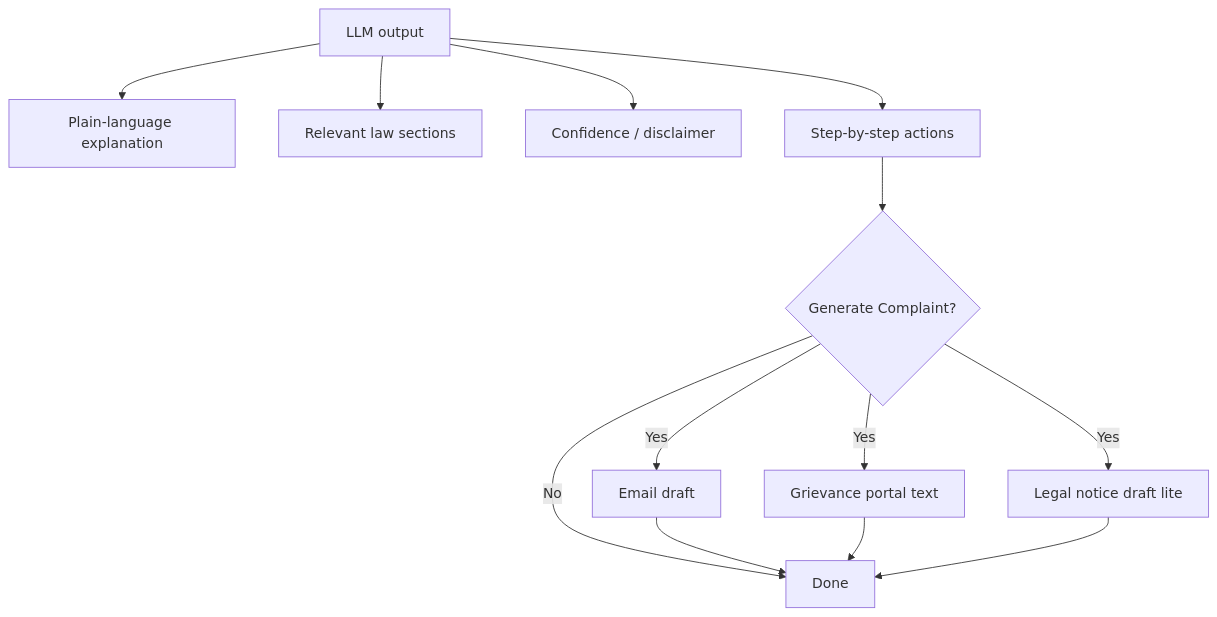
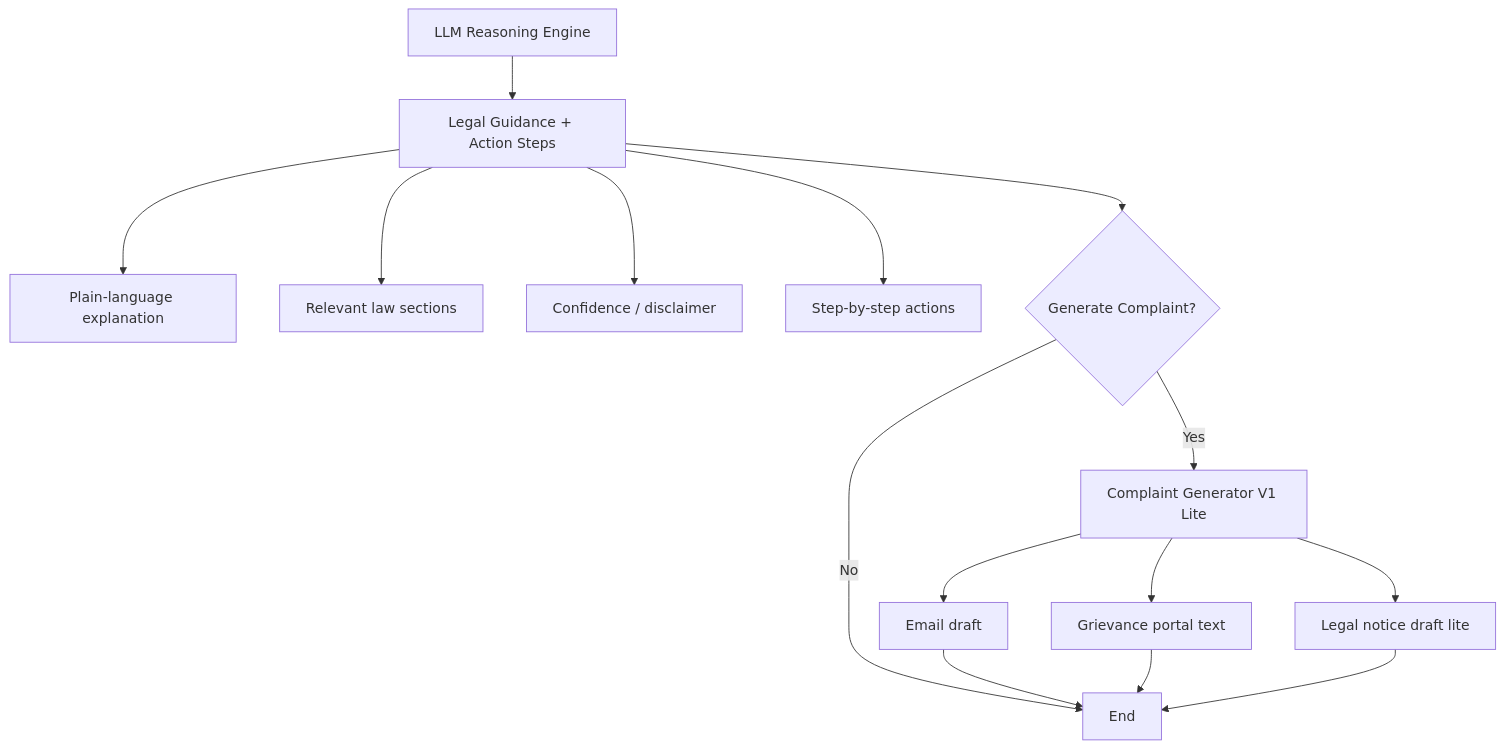
Before and after one commit to SudhanshuBiswas01/Justice-AI: the seventh of 8 diagrams in README.md, drawn with Mermaid. The commit also changed other lines of this file, not shown here.

First line of the commit message:
docs: align HLD Mermaid diagrams with author flowchart

````diff
--- a/README.md
+++ b/README.md
@@ -161,14 +222,19 @@
 ```mermaid
 flowchart TD
-    LLM[LLM output] --> R1[Plain-language explanation]
-    LLM --> R2[Relevant law sections]
-    LLM --> R3[Confidence / disclaimer]
-    LLM --> R4[Step-by-step actions]
+    Q[LLM Reasoning Engine] --> R[Legal Guidance + Action Steps]
 
-    R4 --> CG{Generate Complaint?}
-    CG -->|Yes| C1[Email draft]
-    CG -->|Yes| C2[Grievance portal text]
-    CG -->|Yes| C3[Legal notice draft lite]
-    CG -->|No| DONE[Done]
-    C1 & C2 & C3 --> DONE
+    R --> R1[Plain-language explanation]
+    R --> R2[Relevant law sections]
+    R --> R3[Confidence / disclaimer]
+    R --> R4[Step-by-step actions]
+
+    R --> S{Generate Complaint?}
+
+    S -->|Yes| T[Complaint Generator V1 Lite]
+    S -->|No| U[End]
+
+    T --> T1[Email draft]
+    T --> T2[Grievance portal text]
+    T --> T3[Legal notice draft lite]
+    T1 & T2 & T3 --> U
 ```
````
